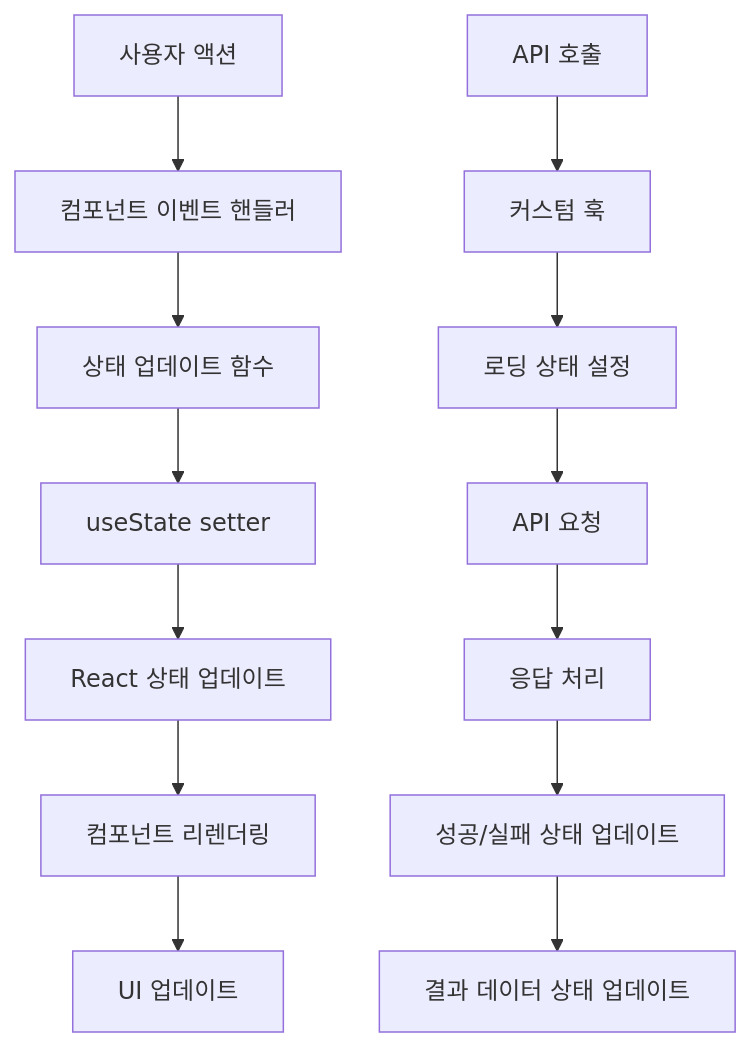
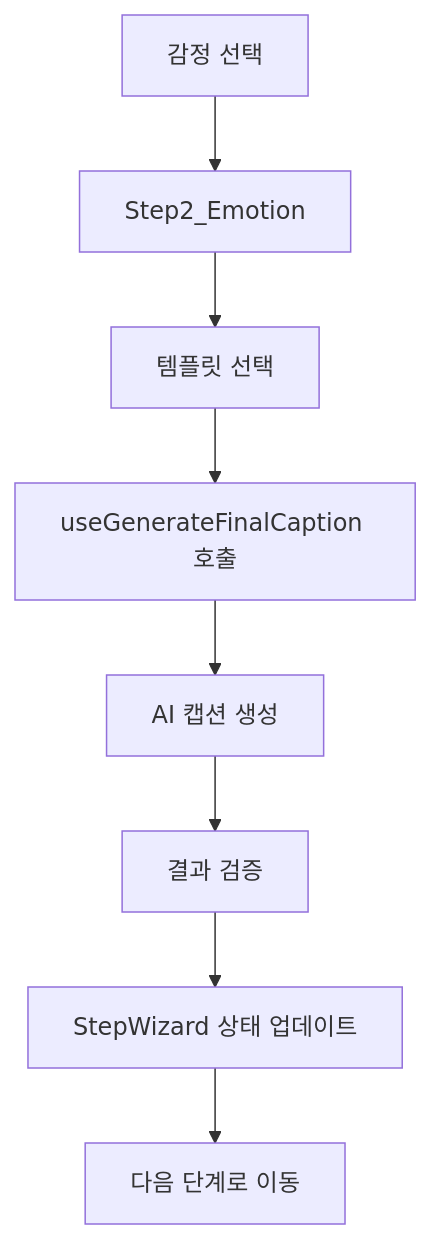
Before and after one commit to psb1792/StayPost: the second of 3 diagrams in docs/STATE_MANAGEMENT.md, drawn with Mermaid. The commit also changed other lines of this file and 8 other files, not shown here.

````diff
--- a/docs/STATE_MANAGEMENT.md
+++ b/docs/STATE_MANAGEMENT.md
@@ -217,16 +214,10 @@
 ```mermaid
-graph TD
-    A[사용자 액션] --> B[컴포넌트 이벤트 핸들러]
-    B --> C[상태 업데이트 함수]
-    C --> D[useState setter]
-    D --> E[React 상태 업데이트]
-    E --> F[컴포넌트 리렌더링]
-    F --> G[UI 업데이트]
-    
-    H[API 호출] --> I[커스텀 훅]
-    I --> J[로딩 상태 설정]
-    J --> K[API 요청]
-    K --> L[응답 처리]
-    L --> M[성공/실패 상태 업데이트]
-    M --> N[결과 데이터 상태 업데이트]
+flowchart TD
+    A[감정 선택] --> B[Step2_Emotion]
+    B --> C[템플릿 선택]
+    C --> D[useGenerateFinalCaption 호출]
+    D --> E[AI 캡션 생성]
+    E --> F[결과 검증]
+    F --> G[StepWizard 상태 업데이트]
+    G --> H[다음 단계로 이동]
 ```
````
